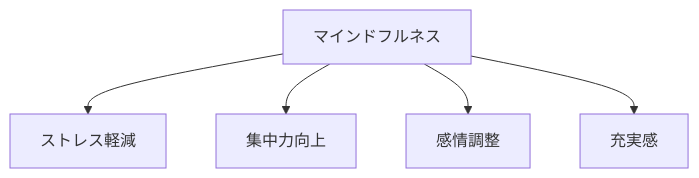
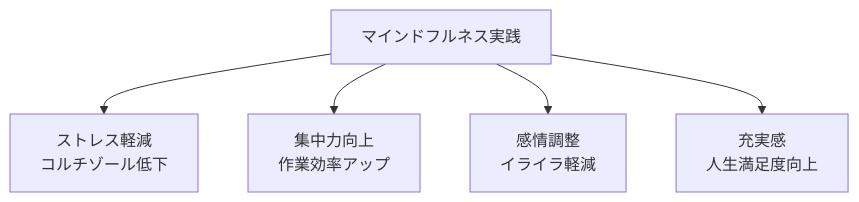
Before and after one commit to tndg16-bot/portfolio-site: the first of 3 diagrams in content/blog/298-mindfulness-present-moment.md, drawn with Mermaid. The commit also changed other lines of this file and 19 other files, not shown here.

````diff
--- a/content/blog/298-mindfulness-present-moment.md
+++ b/content/blog/298-mindfulness-present-moment.md
@@ -35,8 +29,8 @@
 ```mermaid
 graph TD
-    A[マインドフルネス]
-    A --> B[ストレス軽減]
-    A --> C[集中力向上]
-    A --> D[感情調整]
-    A --> E[充実感]
+    A[マインドフルネス実践]
+    A --> B[ストレス軽減<br/>コルチゾール低下]
+    A --> C[集中力向上<br/>作業効率アップ]
+    A --> D[感情調整<br/>イライラ軽減]
+    A --> E[充実感<br/>人生満足度向上]
 ```
````
